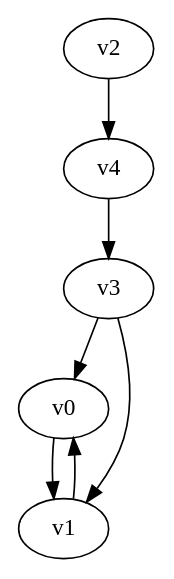
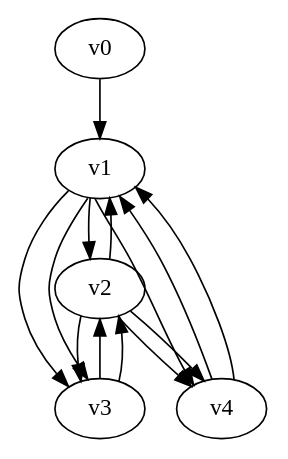
One commit to yadej/graph_project changed the diagram in diagraph.dot. Above: the diagram before and after it, drawn with Graphviz. The commit also changed 1 other file, not shown here.

```diff
--- a/diagraph.dot
+++ b/diagraph.dot
@@ -1,6 +1,9 @@
 digraph G { 
-v2 -> v4;
-v3 -> v0 -> v1;
-v3 -> v1 -> v0;
-v4 -> v3;
+v0 -> v1;
+v1 -> v2 -> v3;
+v1 -> v3 -> v2;
+v1 -> v3 -> v2;
+v2 -> v1 -> v4;
+v2 -> v4 -> v1;
+v2 -> v4 -> v1;
 }
```
